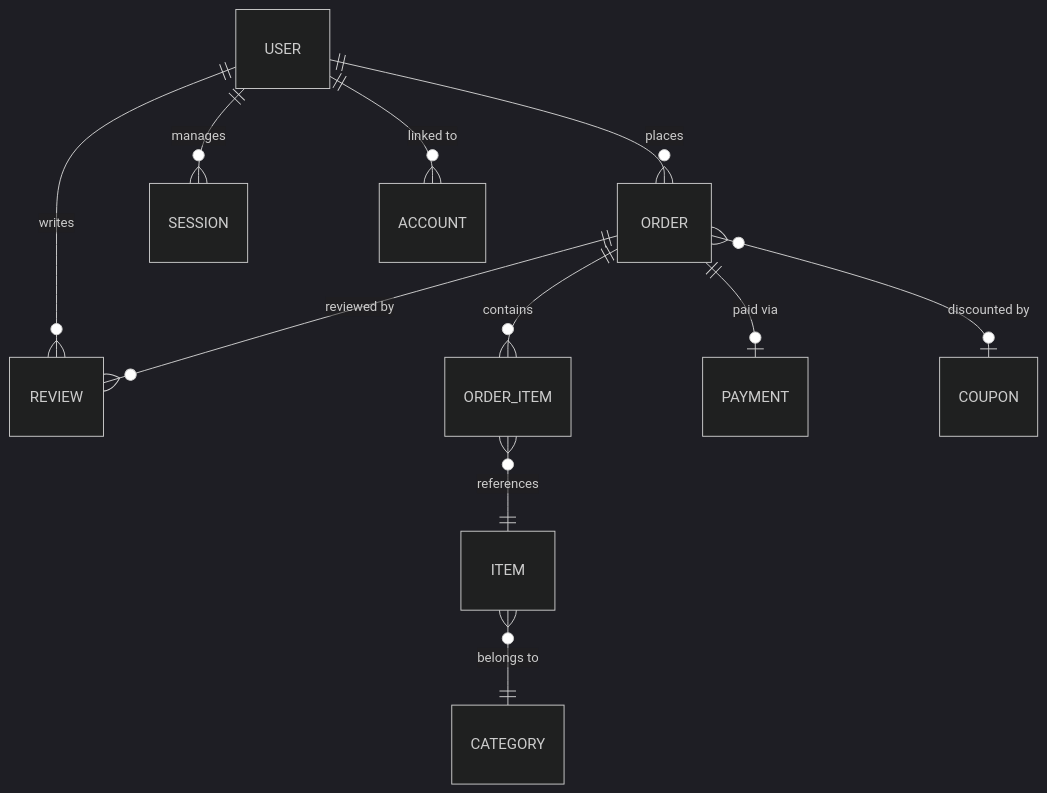
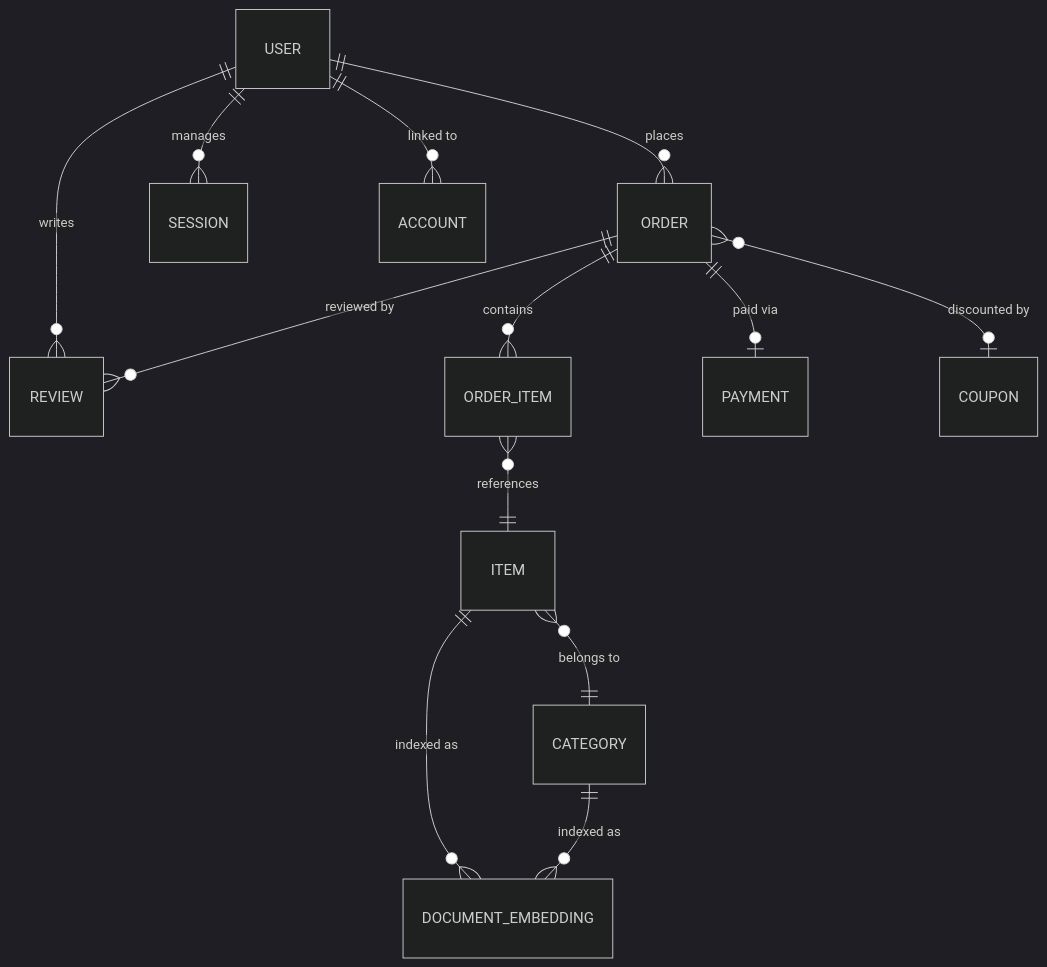
The first of 2 diagrams in README.md (sayed725/urban_snacks_server), drawn with Mermaid (dark theme) before and after one commit. The commit also changed other lines of this file, not shown here.

````diff
--- a/README.md
+++ b/README.md
@@ -61,13 +68,15 @@
 ```mermaid
 erDiagram
     USER ||--o{ ORDER : places
     USER ||--o{ REVIEW : writes
     USER ||--o{ SESSION : manages
     USER ||--o{ ACCOUNT : "linked to"
     ORDER ||--o{ ORDER_ITEM : contains
     ORDER ||--o| PAYMENT : "paid via"
     ORDER ||--o{ REVIEW : "reviewed by"
     ORDER }o--o| COUPON : "discounted by"
     ORDER_ITEM }o--|| ITEM : references
     ITEM }o--|| CATEGORY : "belongs to"
+    ITEM ||--o{ DOCUMENT_EMBEDDING : "indexed as"
+    CATEGORY ||--o{ DOCUMENT_EMBEDDING : "indexed as"
 ```
````
